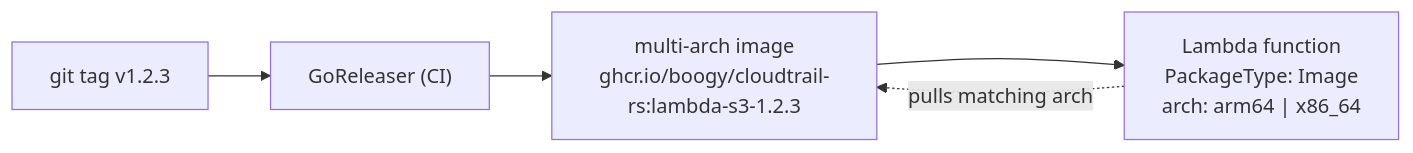
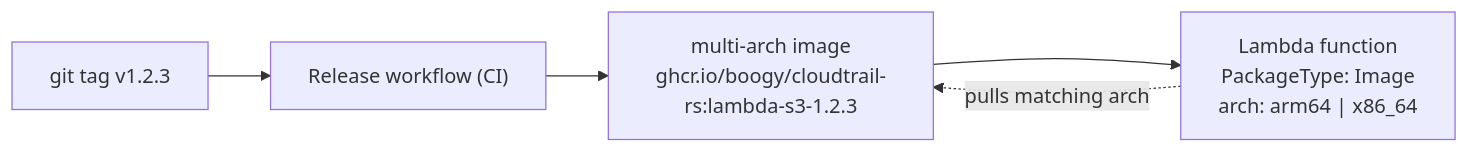
The second of 3 diagrams in docs/deployment.md (boogy/cloudtrail-rs), drawn with Mermaid before and after one commit. The commit also changed other lines of this file and 9 other files, not shown here.

First line of the commit message:
ci: replace goreleaser release pipeline with native GitHub Actions

````diff
--- a/docs/deployment.md
+++ b/docs/deployment.md
@@ -93,7 +94,7 @@
 ```mermaid
 flowchart LR
-    TAG["git tag v1.2.3"] --> GR["GoReleaser (CI)"]
+    TAG["git tag v1.2.3"] --> GR["Release workflow (CI)"]
     GR --> IMG["multi-arch image<br/>ghcr.io/boogy/cloudtrail-rs:lambda-s3-1.2.3"]
     IMG --> FN["Lambda function<br/>PackageType: Image<br/>arch: arm64 | x86_64"]
     FN -.pulls matching arch.-> IMG
 ```
````
